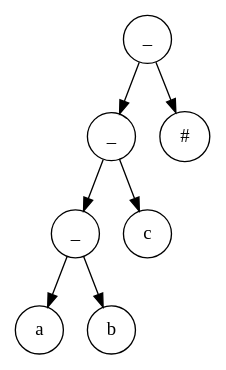
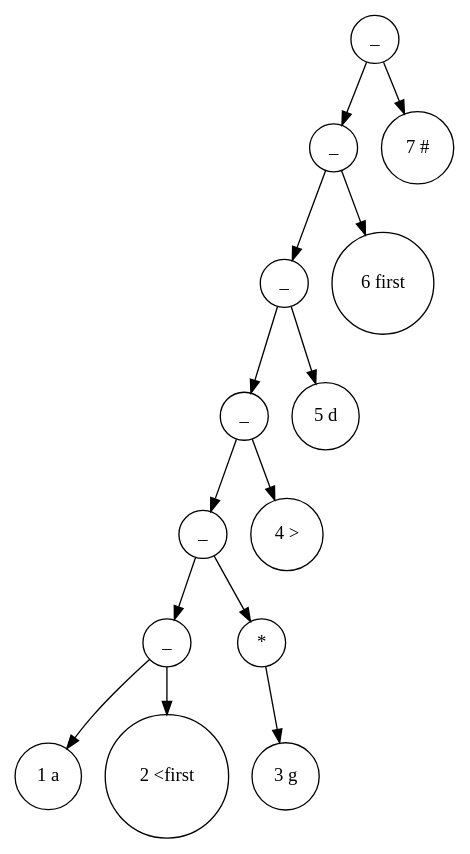
The diagram in tree_output/tree_output.dot (x6x4/lab2aaaaaaaaaaa), drawn with Graphviz before and after one commit. The commit also changed 10 other files, not shown here.

```diff
--- a/tree_output/tree_output.dot
+++ b/tree_output/tree_output.dot
@@ -1,16 +1,30 @@
 digraph Tree {
 node [shape=circle];
-94061099638016 [label="_"];
-94061099638016 -> 94061099637632;
-94061099637632 [label="_"];
-94061099637632 -> 94061099637152;
-94061099637152 [label="_"];
-94061099637152 -> 94061099636672;
-94061099636672 [label="a"];
-94061099637152 -> 94061099636912;
-94061099636912 [label="b"];
-94061099637632 -> 94061099637392;
-94061099637392 [label="c"];
-94061099638016 -> 94061099637776;
-94061099637776 [label="#"];
+94276402020720 [label="_"];
+94276402020720 -> 94276402020336;
+94276402020336 [label="_"];
+94276402020336 -> 94276402019952;
+94276402019952 [label="_"];
+94276402019952 -> 94276402019568;
+94276402019568 [label="_"];
+94276402019568 -> 94276402019184;
+94276402019184 [label="_"];
+94276402019184 -> 94276402018704;
+94276402018704 [label="_"];
+94276402018704 -> 94276402018080;
+94276402018080 [label="1 a"];
+94276402018704 -> 94276402018416;
+94276402018416 [label="2 <first"];
+94276402019184 -> 94276402019088;
+94276402019088 [label="*"];
+94276402019088 -> 94276402018800;
+94276402018800 [label="3 g"];
+94276402019568 -> 94276402019280;
+94276402019280 [label="4 >"];
+94276402019952 -> 94276402019664;
+94276402019664 [label="5 d"];
+94276402020336 -> 94276402020048;
+94276402020048 [label="6 first"];
+94276402020720 -> 94276402020432;
+94276402020432 [label="7 #"];
 }
```
